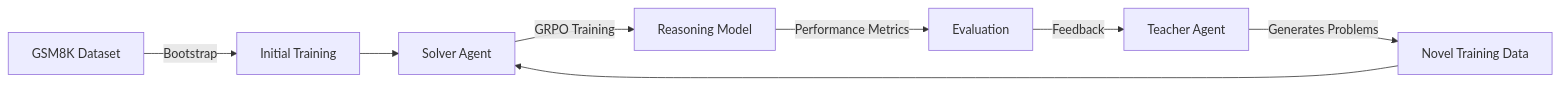
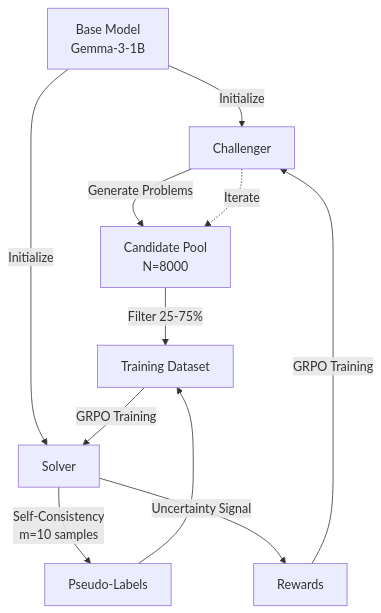
One commit to jwest33/EvoLora changed the diagram in README.md. Above: the diagram before and after it, drawn with Mermaid. The commit also changed other lines of this file and 26 other files, not shown here.

````diff
--- a/README.md
+++ b/README.md
@@ -94,10 +112,17 @@
 ```mermaid
-graph LR
-    A[GSM8K Dataset] -->|Bootstrap| B[Initial Training]
-    B --> C[Solver Agent]
-    D[Teacher Agent] -->|Generates Problems| E[Novel Training Data]
-    E --> C
-    C -->|GRPO Training| F[Reasoning Model]
-    F -->|Performance Metrics| G[Evaluation]
-    G -->|Feedback| D
+graph TB
+    A[Base Model<br/>Gemma-3-1B] -->|Initialize| B[Challenger]
+    A -->|Initialize| C[Solver]
+
+    B -->|Generate Problems| D[Candidate Pool<br/>N=8000]
+    D -->|Filter 25-75%| E[Training Dataset]
+
+    C -->|Self-Consistency<br/>m=10 samples| F[Pseudo-Labels]
+    F --> E
+
+    E -->|GRPO Training| C
+    C -->|Uncertainty Signal| G[Rewards]
+    G -->|GRPO Training| B
+
+    B -.->|Iterate| D
 ```
````
